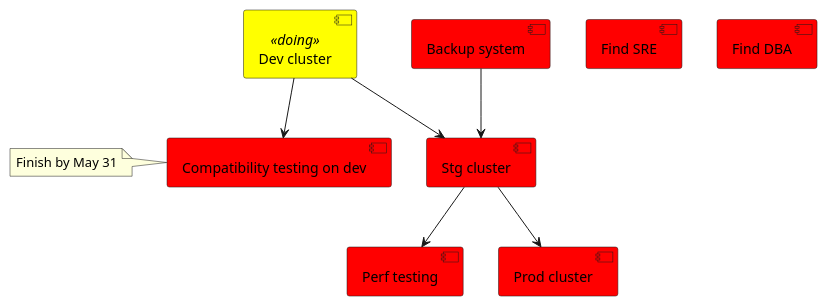
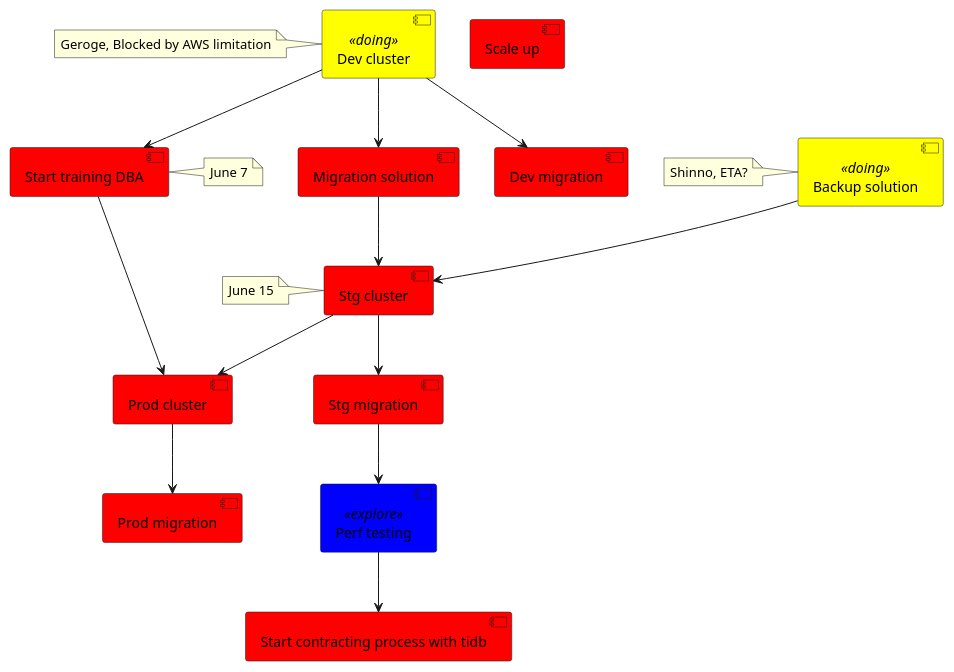
The first of 2 diagrams in pm/plan.plantuml (george24601/notes), drawn with PlantUML before and after one commit. The commit also changed other lines of this file and 5 other files, not shown here.

```diff
--- a/pm/plan.plantuml
+++ b/pm/plan.plantuml
@@ -1,18 +1,29 @@
 @startuml
 skinparam component {
 	backgroundColor<<done>> Green
 	backgroundColor<<doing>> Yellow
+	backgroundColor<<explore>> Blue
 	backgroundColor Red
 }
+[Scale up]
 [Dev cluster] <<doing>>
-[Compatibility testing on dev]
-note left: Finish by May 31
-
-[Backup system] --> [Stg cluster]
-[Dev cluster] --> [Compatibility testing on dev]
-[Dev cluster] --> [Stg cluster]
-[Stg cluster] --> [Perf testing]
+note left: Geroge, Blocked by AWS limitation
+[Backup solution] <<doing>>
+note left: Shinno, ETA?
+[Start training DBA]
+note right: June 7 
+[Stg cluster]
+note left: June 15
+[Perf testing]<<explore>>
+[Backup solution] --> [Stg cluster]
+[Migration solution] --> [Stg cluster]
+[Dev cluster] --> [Dev migration]
+[Dev cluster] --> [Migration solution]
 [Stg cluster] --> [Prod cluster]
-[Find SRE] 
-[Find DBA] 
+[Dev cluster] --> [Start training DBA] 
+[Start training DBA] --> [Prod cluster]
+[Stg cluster] --> [Stg migration]
+[Stg migration] --> [Perf testing]
+[Prod cluster] --> [Prod migration]
+[Perf testing] --> [Start contracting process with tidb]
 @enduml
```
